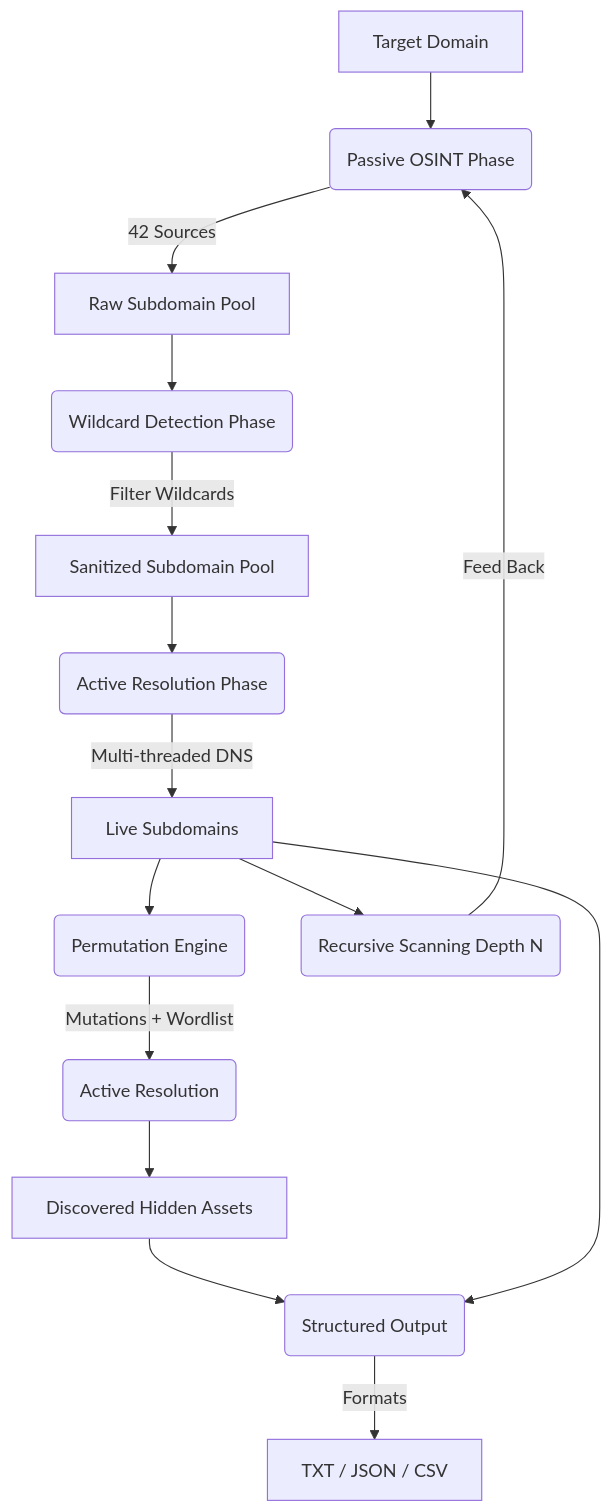
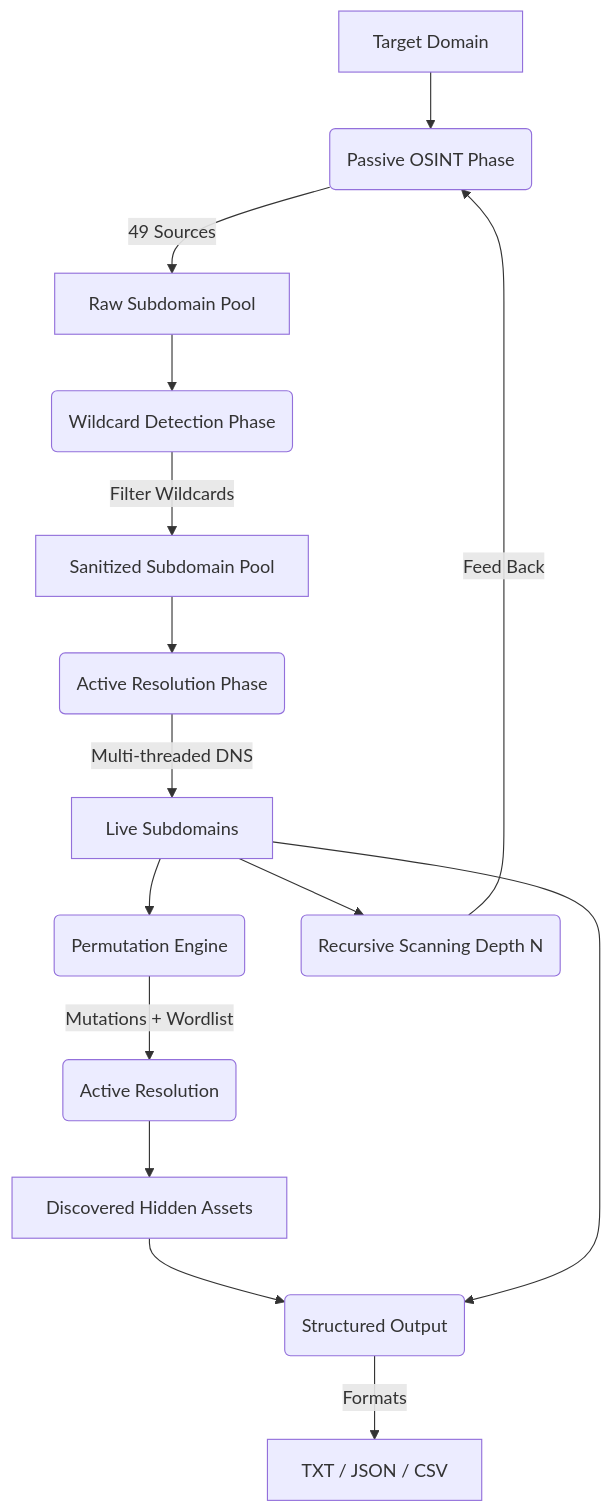
The diagram in README.md (youwannahackme/subix), drawn with Mermaid before and after one commit. The commit also changed other lines of this file and 11 other files, not shown here.

````diff
--- a/README.md
+++ b/README.md
@@ -18,17 +18,17 @@
 ```mermaid
 graph TD
     A[Target Domain] --> B(Passive OSINT Phase)
-    B -->|42 Sources| C[Raw Subdomain Pool]
+    B -->|49 Sources| C[Raw Subdomain Pool]
     C --> D(Wildcard Detection Phase)
     D -->|Filter Wildcards| E[Sanitized Subdomain Pool]
     E --> F(Active Resolution Phase)
     F -->|Multi-threaded DNS| G[Live Subdomains]
     G --> H(Permutation Engine)
     H -->|Mutations + Wordlist| I(Active Resolution)
     I --> J[Discovered Hidden Assets]
     G --> K(Recursive Scanning Depth N)
     K -->|Feed Back| B
     J --> L(Structured Output)
     G --> L
     L -->|Formats| M[TXT / JSON / CSV]
 ```
````
